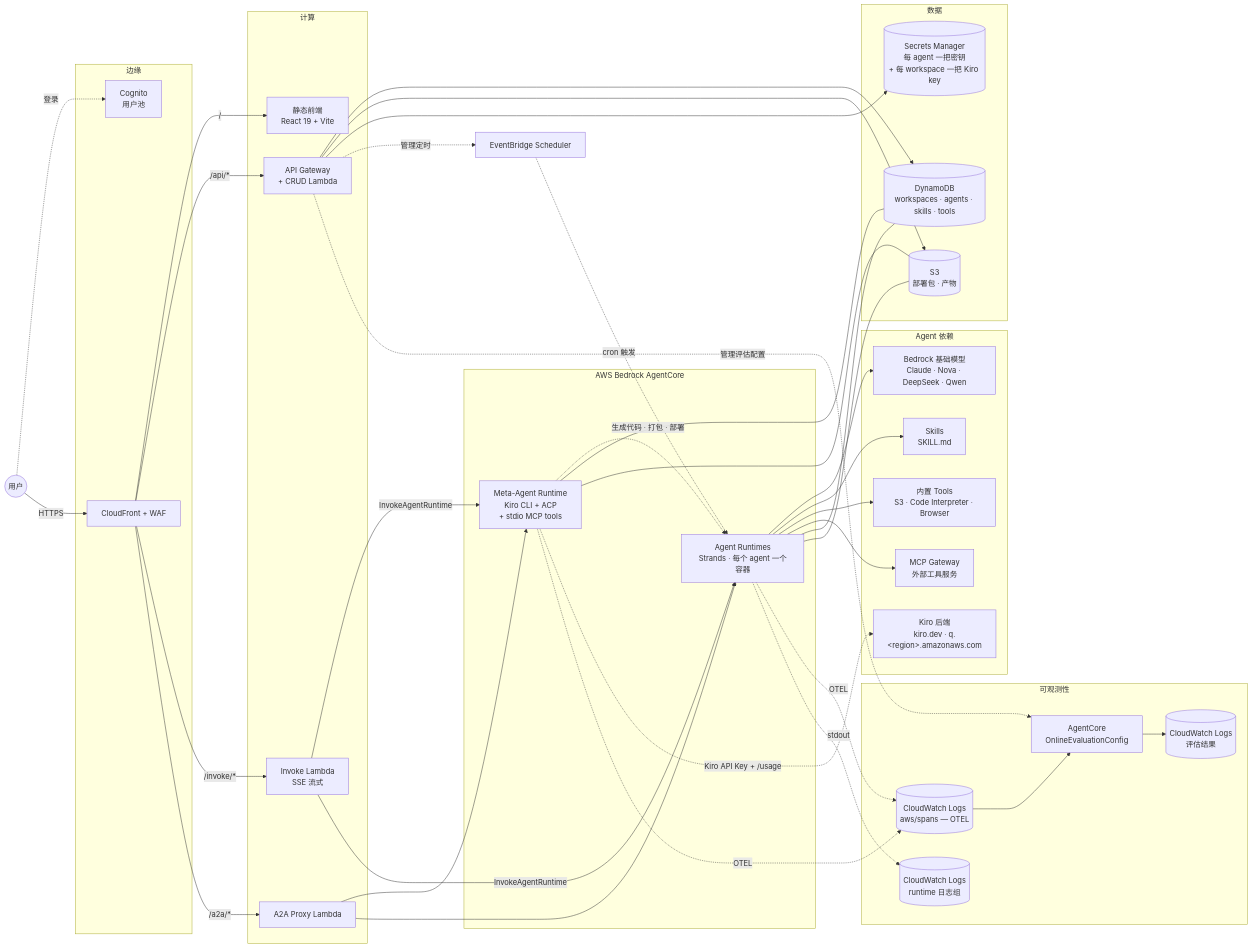
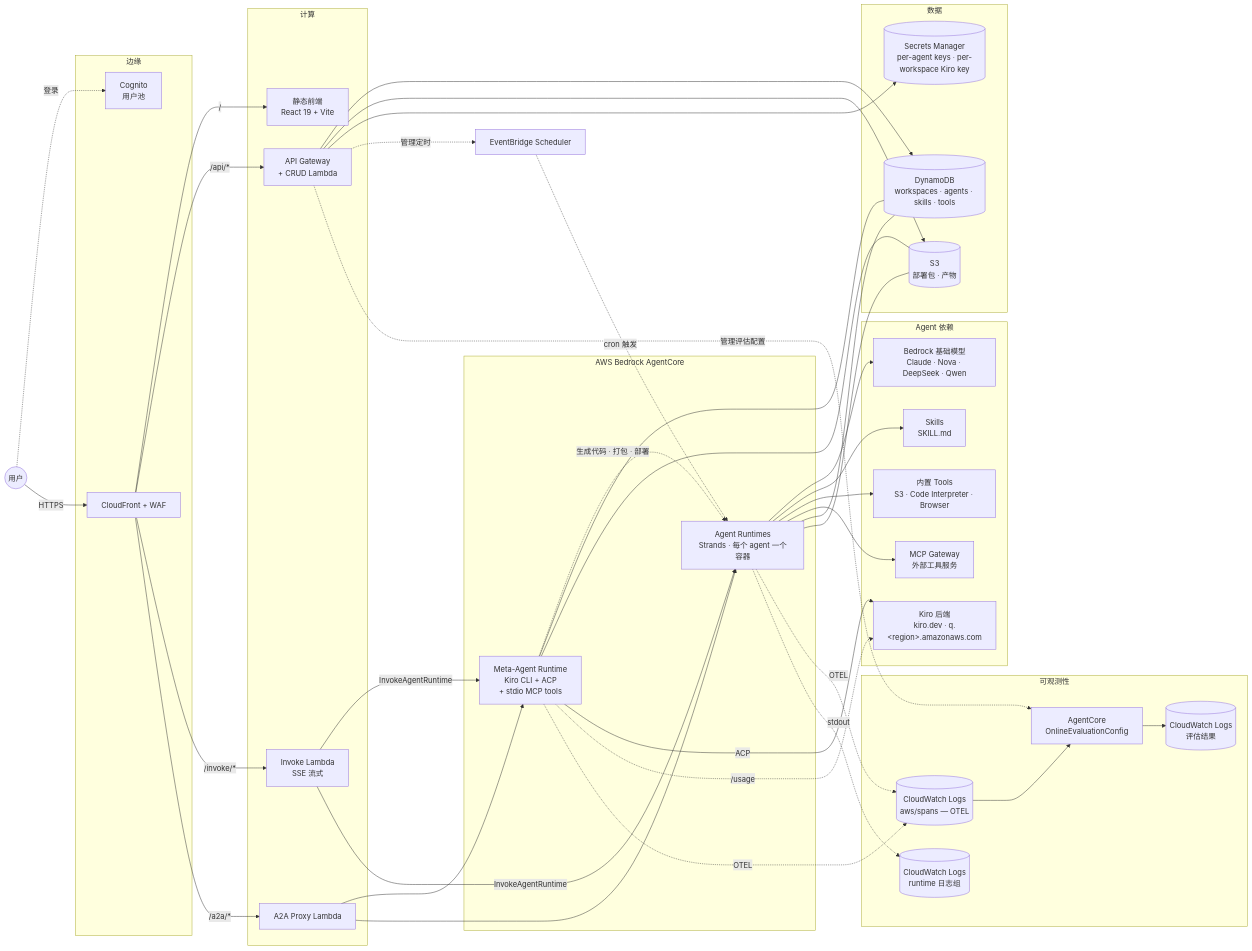
Before and after one commit to ddpie/agent-studio: the first of 2 diagrams in docs/architecture.md, drawn with Mermaid. The commit also changed other lines of this file and 4 other files, not shown here.

First line of the commit message:
docs: tighten Kiro usage scope notice + mermaid polish

````diff
--- a/docs/architecture.md
+++ b/docs/architecture.md
@@ -7,81 +7,82 @@
 ```mermaid
 graph LR
     User((用户))
 
     subgraph Edge[边缘]
         CF[CloudFront + WAF]
         Cognito[Cognito<br/>用户池]
     end
 
     subgraph Compute[计算]
         FE[静态前端<br/>React 19 + Vite]
         API[API Gateway<br/>+ CRUD Lambda]
         Invoke[Invoke Lambda<br/>SSE 流式]
         A2A[A2A Proxy Lambda]
     end
 
     subgraph AgentCore["AWS Bedrock AgentCore"]
         Meta[Meta-Agent Runtime<br/>Kiro CLI + ACP<br/>+ stdio MCP tools]
-        Sub[Agent Runtimes<br/>Strands · 每个 agent 一个容器]
+        Agents[Agent Runtimes<br/>Strands · 每个 agent 一个容器]
     end
 
     subgraph Outbound["Agent 依赖"]
         Kiro[Kiro 后端<br/>kiro.dev · q.&lt;region&gt;.amazonaws.com]
         Bedrock[Bedrock 基础模型<br/>Claude · Nova · DeepSeek · Qwen]
         Skills[Skills<br/>SKILL.md]
         Tools[内置 Tools<br/>S3 · Code Interpreter · Browser]
         MCP[MCP Gateway<br/>外部工具服务]
     end
 
     subgraph Data[数据]
         DDB[(DynamoDB<br/>workspaces · agents · skills · tools)]
         S3[(S3<br/>部署包 · 产物)]
-        Secrets[(Secrets Manager<br/>每 agent 一把密钥<br/>+ 每 workspace 一把 Kiro key)]
+        Secrets[(Secrets Manager<br/>per-agent keys · per-workspace Kiro key)]
     end
 
     subgraph Observability[可观测性]
         Spans[(CloudWatch Logs<br/>aws/spans — OTEL)]
         RuntimeLogs[(CloudWatch Logs<br/>runtime 日志组)]
         Eval[AgentCore<br/>OnlineEvaluationConfig]
         EvalLogs[(CloudWatch Logs<br/>评估结果)]
     end
 
     EB[EventBridge Scheduler]
 
     User -.登录.-> Cognito
     User -->|HTTPS| CF
     CF -->|/| FE
     CF -->|/api/*| API
     CF -->|/invoke/*| Invoke
     CF -->|/a2a/*| A2A
 
     API --> DDB
     API --> S3
     API --> Secrets
     API -.管理定时.-> EB
     API -.管理评估配置.-> Eval
     Invoke -->|InvokeAgentRuntime| Meta
-    Invoke -->|InvokeAgentRuntime| Sub
+    Invoke -->|InvokeAgentRuntime| Agents
     A2A --> Meta
-    A2A --> Sub
+    A2A --> Agents
 
-    Meta -.生成代码 · 打包 · 部署.-> Sub
+    Meta -.生成代码 · 打包 · 部署.-> Agents
     Meta --- DDB
     Meta --- S3
-    Meta -.Kiro API Key + /usage.-> Kiro
+    Meta -->|ACP| Kiro
+    Meta -.-> |/usage| Kiro
 
-    Sub --> Bedrock
-    Sub --> Skills
-    Sub --> Tools
-    Sub --> MCP
-    Sub --- DDB
-    Sub --- S3
+    Agents --> Bedrock
+    Agents --> Skills
+    Agents --> Tools
+    Agents --> MCP
+    Agents --- DDB
+    Agents --- S3
 
-    EB -.cron 触发.-> Sub
+    EB -.cron 触发.-> Agents
 
     Meta -.OTEL.-> Spans
-    Sub -.OTEL.-> Spans
-    Sub -.stdout.-> RuntimeLogs
+    Agents -.OTEL.-> Spans
+    Agents -.stdout.-> RuntimeLogs
     Spans --> Eval
     Eval --> EvalLogs
 ```
````
